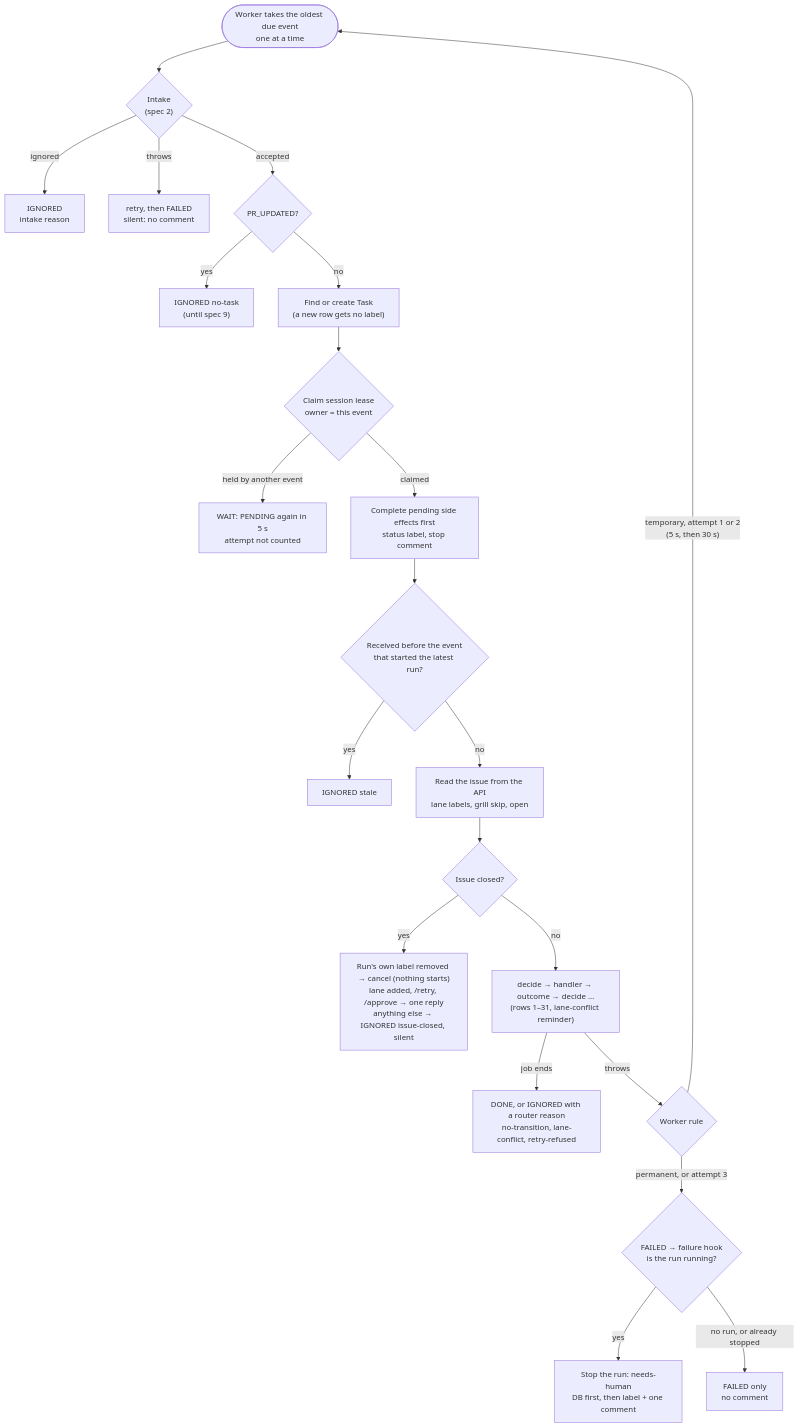
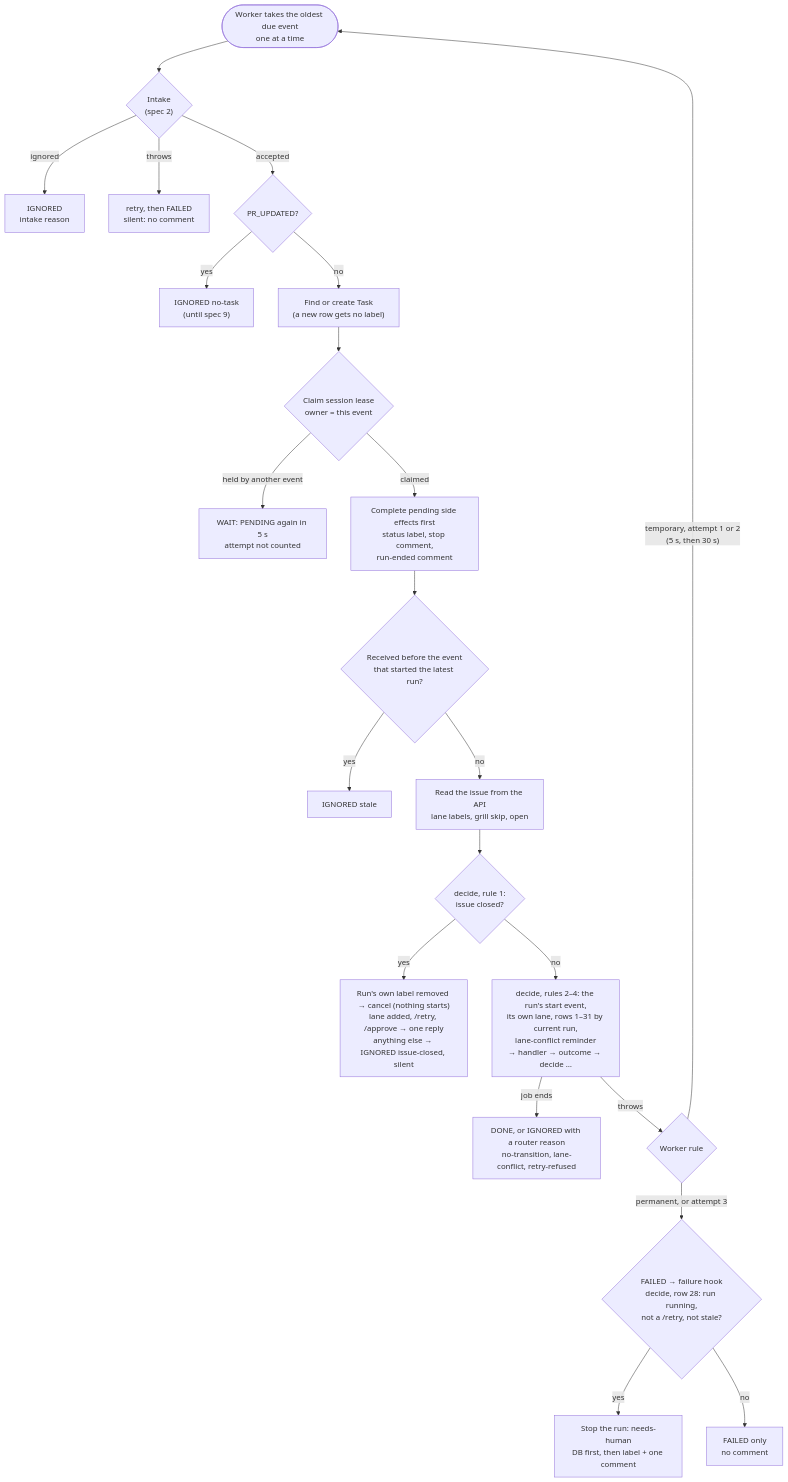
One commit to Hugoer/sdd-agent changed the first of 6 diagrams in docs/specs/spec-github-agent-router-session-lease.md. Above: the diagram before and after it, drawn with Mermaid. The commit also changed other lines of this file and 2 other files, not shown here.

````diff
--- a/docs/specs/spec-github-agent-router-session-lease.md
+++ b/docs/specs/spec-github-agent-router-session-lease.md
@@ -230,24 +236,24 @@
 ```mermaid
 flowchart TD
     claim(["Worker takes the oldest due event<br/>one at a time"]) --> intake{"Intake<br/>(spec 2)"}
     intake -- "ignored" --> ignIntake["IGNORED<br/>intake reason"]
     intake -- "throws" --> silent["retry, then FAILED<br/>silent: no comment"]
     intake -- "accepted" --> isPr{"PR_UPDATED?"}
     isPr -- "yes" --> noTask["IGNORED no-task<br/>(until spec 9)"]
     isPr -- "no" --> task["Find or create Task<br/>(a new row gets no label)"]
     task --> lease{"Claim session lease<br/>owner = this event"}
     lease -- "held by another event" --> wait["WAIT: PENDING again in 5 s<br/>attempt not counted"]
-    lease -- "claimed" --> pending["Complete pending side effects first<br/>status label, stop comment"]
+    lease -- "claimed" --> pending["Complete pending side effects first<br/>status label, stop comment,<br/>run-ended comment"]
     pending --> stale{"Received before the event<br/>that started the latest run?"}
     stale -- "yes" --> ignStale["IGNORED stale"]
     stale -- "no" --> read["Read the issue from the API<br/>lane labels, grill skip, open"]
-    read --> closed{"Issue closed?"}
+    read --> closed{"decide, rule 1:<br/>issue closed?"}
     closed -- "yes" --> ignClosed["Run's own label removed → cancel (nothing starts)<br/>lane added, /retry, /approve → one reply<br/>anything else → IGNORED issue-closed, silent"]
-    closed -- "no" --> decide["decide → handler → outcome → decide …<br/>(rows 1–31, lane-conflict reminder)"]
+    closed -- "no" --> decide["decide, rules 2–4: the run's start event,<br/>its own lane, rows 1–31 by current run,<br/>lane-conflict reminder<br/>→ handler → outcome → decide …"]
     decide -- "job ends" --> done["DONE, or IGNORED with a router reason<br/>no-transition, lane-conflict, retry-refused"]
     decide -- "throws" --> retry{"Worker rule"}
     retry -- "temporary, attempt 1 or 2<br/>(5 s, then 30 s)" --> claim
-    retry -- "permanent, or attempt 3" --> hook{"FAILED → failure hook<br/>is the run running?"}
+    retry -- "permanent, or attempt 3" --> hook{"FAILED → failure hook<br/>decide, row 28: run running,<br/>not a /retry, not stale?"}
     hook -- "yes" --> stop["Stop the run: needs-human<br/>DB first, then label + one comment"]
-    hook -- "no run, or already stopped" --> onlyFailed["FAILED only<br/>no comment"]
+    hook -- "no" --> onlyFailed["FAILED only<br/>no comment"]
 ```
````
